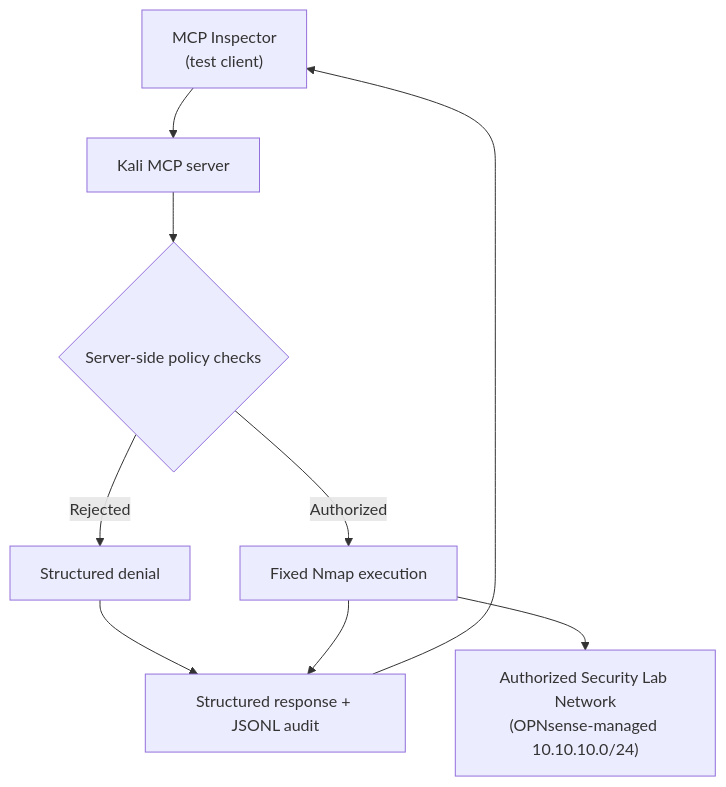
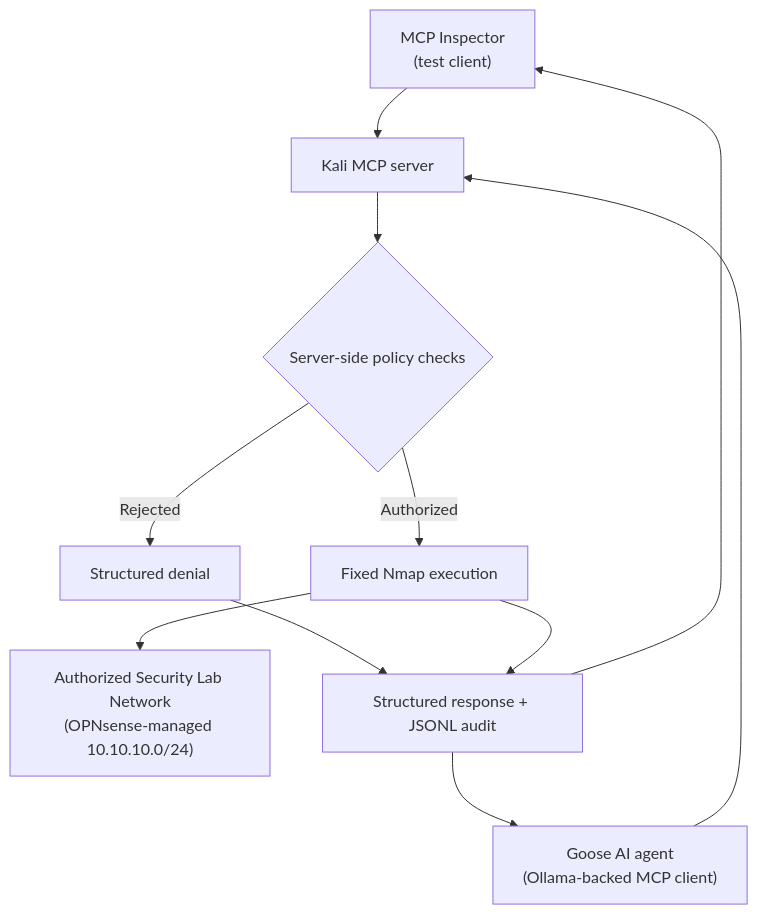
Before and after one commit to backyard-labs/kali-mcp-security-lab: the diagram in README.md, drawn with Mermaid. The commit also changed other lines of this file, not shown here.

````diff
--- a/README.md
+++ b/README.md
@@ -46,11 +48,13 @@
 ```mermaid
 flowchart TD
-    A["MCP Inspector<br/>(test client)"] --> B["Kali MCP server"]
-    B --> C{"Server-side policy checks"}
-    C -->|Rejected| D["Structured denial"]
-    C -->|Authorized| E["Fixed Nmap execution"]
-    E --> F["Authorized Security Lab Network<br/>(OPNsense-managed 10.10.10.0/24)"]
-    D --> G["Structured response + JSONL audit"]
-    E --> G
-    G --> A
+    A["MCP Inspector<br/>(test client)"] --> C["Kali MCP server"]
+    B["Goose AI agent<br/>(Ollama-backed MCP client)"] --> C
+    C --> D{"Server-side policy checks"}
+    D -->|Rejected| E["Structured denial"]
+    D -->|Authorized| F["Fixed Nmap execution"]
+    F --> G["Authorized Security Lab Network<br/>(OPNsense-managed 10.10.10.0/24)"]
+    E --> H["Structured response + JSONL audit"]
+    F --> H
+    H --> A
+    H --> B
 ```
````
